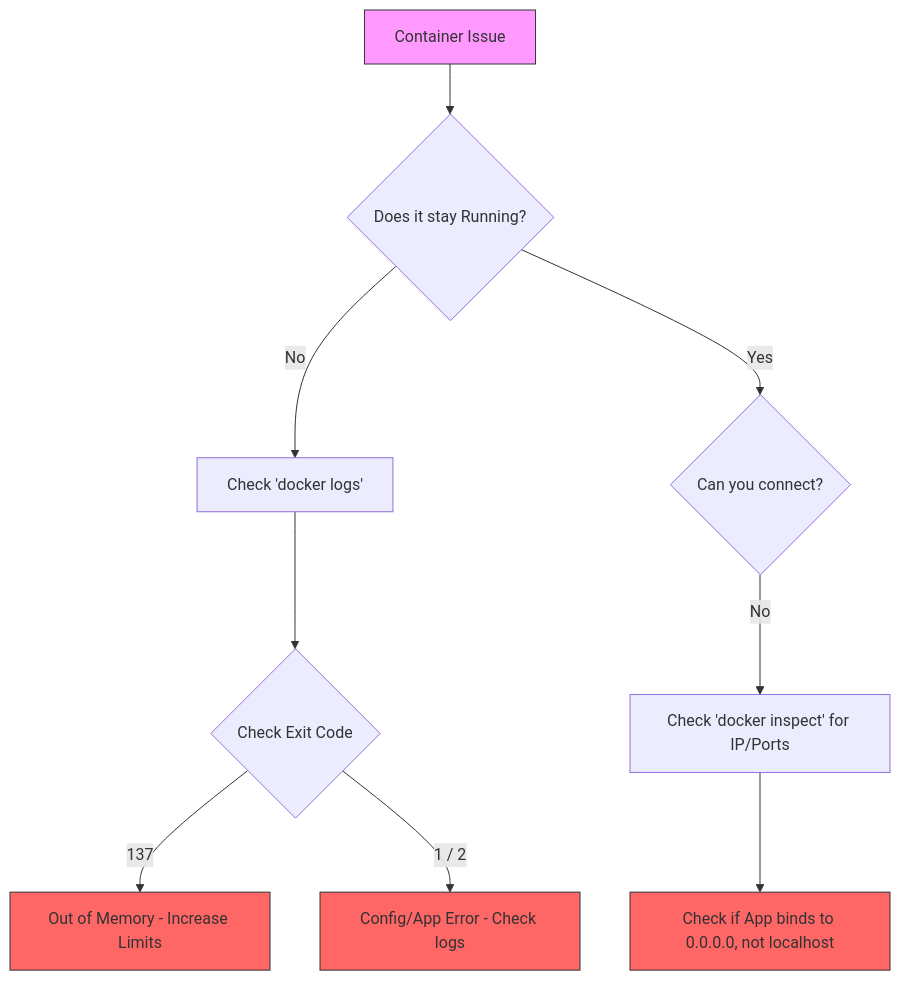
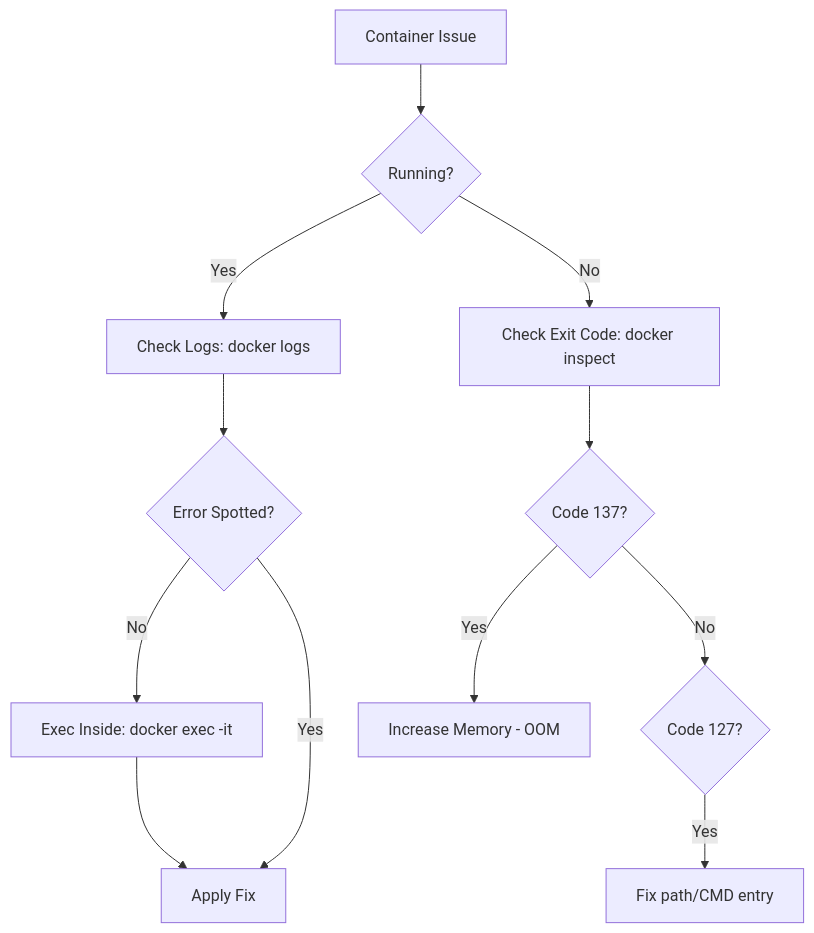
One commit to Ganil151/Devops changed the diagram in 1-Beginner/03-Phase-3/01-Container-Orchestration/Docker/01-Beginner/04-Debugging/README.md. Above: the diagram before and after it, drawn with Mermaid. The commit also changed other lines of this file and 77 other files, not shown here.

````diff
--- a/1-Beginner/03-Phase-3/01-Container-Orchestration/Docker/01-Beginner/04-Debugging/README.md
+++ b/1-Beginner/03-Phase-3/01-Container-Orchestration/Docker/01-Beginner/04-Debugging/README.md
@@ -74,17 +5,17 @@
 ```mermaid
-graph TD
-    Start[Container Issue] --> Exited{Does it stay Running?}
-    Exited -- No --> Logs[Check 'docker logs']
-    Logs --> ExitCode{Check Exit Code}
-    ExitCode -- 137 --> OOM[Out of Memory - Increase Limits]
-    ExitCode -- 1 / 2 --> Config[Config/App Error - Check logs]
-
-Exited -- Yes --> Network{Can you connect?}
-    Network -- No --> Inspect[Check 'docker inspect' for IP/Ports]
-    Inspect --> Bind[Check if App binds to 0.0.0.0, not localhost]
-
-style Start fill:#f9f,stroke:#333
-    style OOM fill:#f66,stroke:#333
-    style Config fill:#f66,stroke:#333
-    style Bind fill:#f66,stroke:#333
+flowchart TD
+    S[Container Issue] --> R{Running?}
+    R -- Yes --> L[Check Logs: docker logs]
+    R -- No --> I[Check Exit Code: docker inspect]
+    
+    L --> E{Error Spotted?}
+    E -- No --> EX[Exec Inside: docker exec -it]
+    E -- Yes --> FIX[Apply Fix]
+    
+    I --> Code{Code 137?}
+    Code -- Yes --> OOM[Increase Memory - OOM]
+    Code -- No --> Code127{Code 127?}
+    Code127 -- Yes --> CMD[Fix path/CMD entry]
+    
+    EX --> FIX
 ```
````
